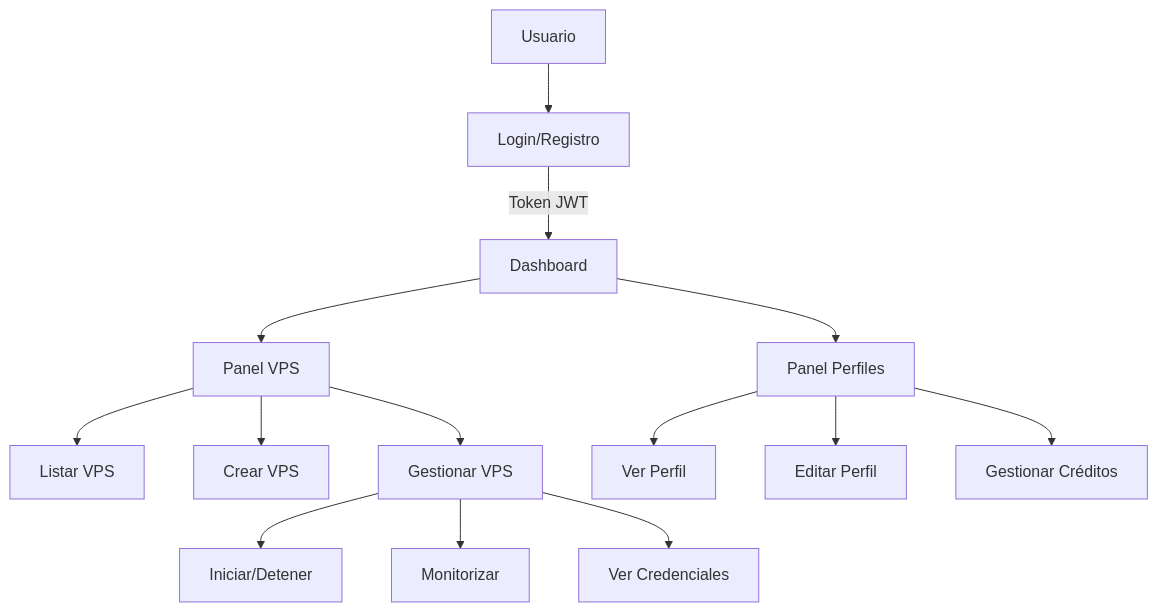
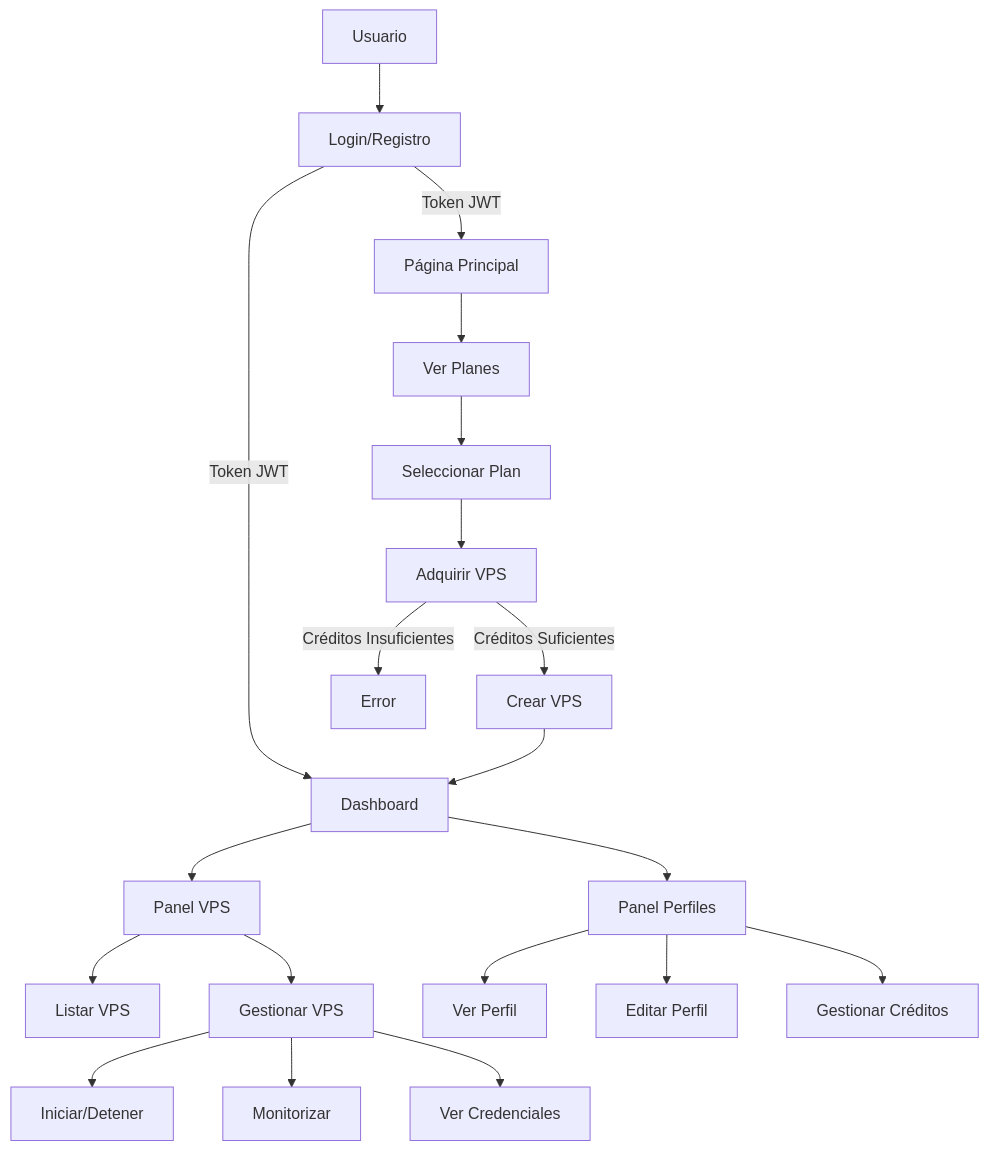
The first of 3 diagrams in documentacion/diagramas_flujo.md (mtm-clase/proyecto-final), drawn with Mermaid before and after one commit. The commit also changed other lines of this file, not shown here.

Commit message:
Fix diagrams

````diff
--- a/documentacion/diagramas_flujo.md
+++ b/documentacion/diagramas_flujo.md
@@ -4,16 +5,22 @@
 ```mermaid
 graph TD
-    A[Usuario] --> B[Login/Registro]
-    B --> |Token JWT| C[Dashboard]
-    C --> D[Panel VPS]
-    C --> E[Panel Perfiles]
-    D --> F[Listar VPS]
-    D --> G[Crear VPS]
-    D --> H[Gestionar VPS]
-    H --> I[Iniciar/Detener]
-    H --> J[Monitorizar]
-    H --> K[Ver Credenciales]
-    E --> L[Ver Perfil]
-    E --> M[Editar Perfil]
-    E --> N[Gestionar Créditos]
+A[Usuario] --> B[Login/Registro]
+B --> |Token JWT| C[Dashboard]
+B --> |Token JWT| P[Página Principal]
+P --> Q[Ver Planes]
+Q --> R[Seleccionar Plan]
+R --> S[Adquirir VPS]
+S --> |Créditos Suficientes| T[Crear VPS]
+S --> |Créditos Insuficientes| U[Error]
+T --> C
+C --> D[Panel VPS]
+C --> E[Panel Perfiles]
+D --> F[Listar VPS]
+D --> H[Gestionar VPS]
+H --> I[Iniciar/Detener]
+H --> J[Monitorizar]
+H --> K[Ver Credenciales]
+E --> L[Ver Perfil]
+E --> M[Editar Perfil]
+E --> N[Gestionar Créditos]
 ```
````
